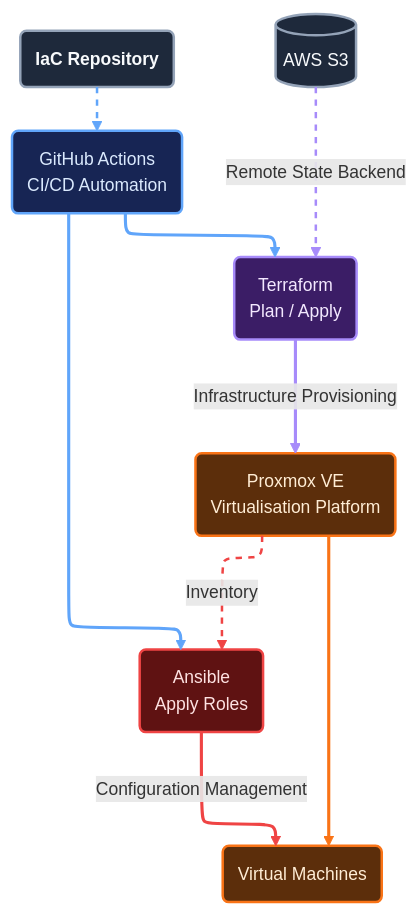
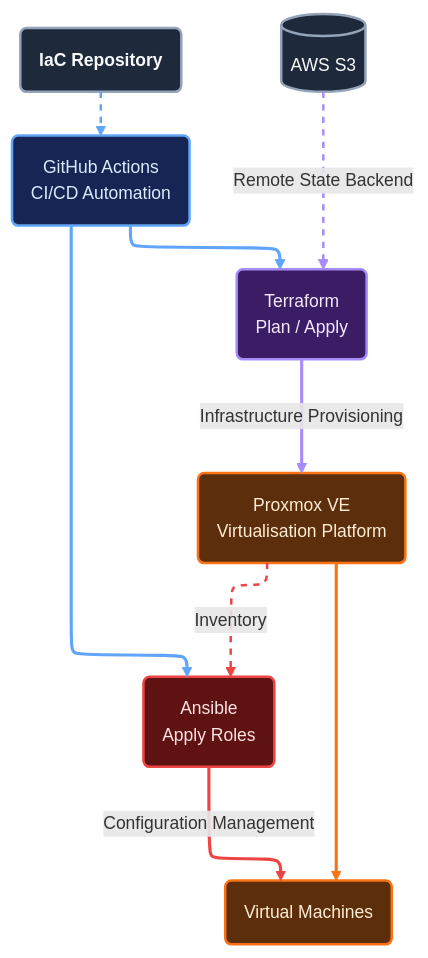
Before and after one commit to rauland/iac: the diagram in README.md, drawn with Mermaid.

````diff
--- a/README.md
+++ b/README.md
@@ -10,63 +10,60 @@
 ```mermaid
 ---
 config:
   layout: elk
   theme: classic
   themeVariables:
     background: #0B1120
     fontFamily: Inter, Arial, sans-serif
     fontSize: 14px
     lineColor: #64748B
     textColor: #E2E8F0
     clusterBkg: #111827
     clusterBorder: #334155
   look: Neo
   flowchart:
     curve: basis
     htmlLabels: true
-    nodeSpacing: 45
-    rankSpacing: 60
-    padding: 12
 ---
 graph TD
     repo("<b>IaC Repository")
     actions("GitHub Actions<br/>CI/CD Automation")
     tf("Terraform<br/>Plan / Apply")
     s3[("AWS S3")]
     pve("Proxmox VE<br/>Virtualisation Platform")
     ansible("Ansible<br/>Apply Roles")
     vms("Virtual Machines")
 
     repo --> actions
     actions --> tf
     actions --> ansible
     s3 -->|Remote State Backend| tf
     tf -->|Infrastructure Provisioning| pve
     pve --> vms
     pve -->|Inventory| ansible
     ansible -->|Configuration Management| vms
 
     classDef cloud fill:#1E293B,stroke:#94A3B8,color:#F8FAFC,stroke-width:2px
     classDef cicd fill:#172554,stroke:#60A5FA,color:#DBEAFE,stroke-width:2px
     classDef terraform fill:#3B1D66,stroke:#A78BFA,color:#F3E8FF,stroke-width:2px
     classDef ansible fill:#5F1212,stroke:#EF4444,color:#FEE2E2,stroke-width:2px
     classDef infra fill:#5C2E0B,stroke:#F97316,color:#FFEDD5,stroke-width:2px
 
     class repo cloud
     class actions cicd
     class tf terraform
     class ansible ansible
     class pve infra
     class s3 cloud
     class vms infra
 
     linkStyle 0 stroke:#60A5FA,stroke-width:2px,stroke-dasharray:5 5
     linkStyle 1 stroke:#60A5FA,stroke-width:2.5px
     linkStyle 2 stroke:#60A5FA,stroke-width:2.5px
     linkStyle 3 stroke:#A78BFA,stroke-width:2px,stroke-dasharray:5 5
     linkStyle 4 stroke:#A78BFA,stroke-width:2.5px
     linkStyle 5 stroke:#F97316,stroke-width:2.5px
     linkStyle 6 stroke:#EF4444,stroke-width:2px,stroke-dasharray:5 5
     linkStyle 7 stroke:#EF4444,stroke-width:2.5px
 
 ```
````
